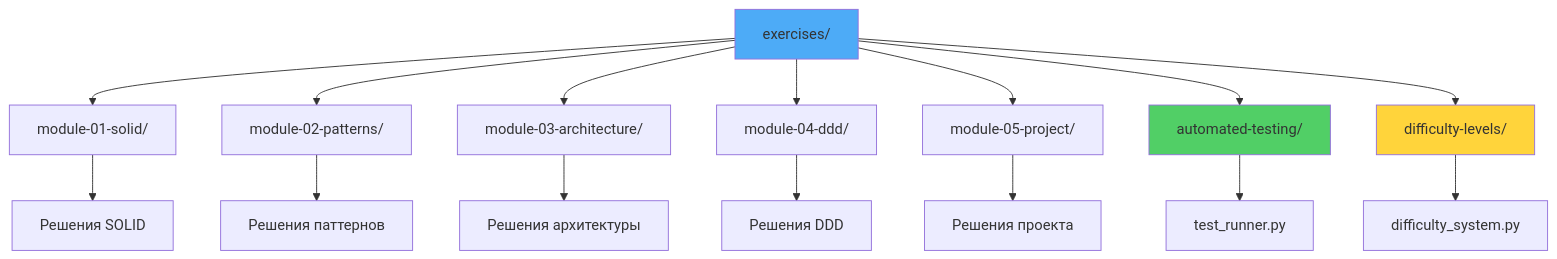
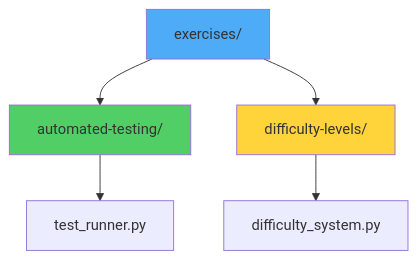
One commit to DaymaNKinG990/TDD-Learning changed the second of 2 diagrams in docs/exercises/README.md. Above: the diagram before and after it, drawn with Mermaid. The commit also changed other lines of this file and 56 other files, not shown here.

````diff
--- a/docs/exercises/README.md
+++ b/docs/exercises/README.md
@@ -288,23 +208,12 @@
 ```mermaid
 graph TB
-    A[exercises/] --> B[module-01-solid/]
-    A --> C[module-02-patterns/]
-    A --> D[module-03-architecture/]
-    A --> E[module-04-ddd/]
-    A --> F[module-05-project/]
-    A --> G[automated-testing/]
-    A --> H[difficulty-levels/]
+    A[exercises/] --> B[automated-testing/]
+    A --> C[difficulty-levels/]
     
-    B --> I[Решения SOLID]
-    C --> J[Решения паттернов]
-    D --> K[Решения архитектуры]
-    E --> L[Решения DDD]
-    F --> M[Решения проекта]
-    
-    G --> N[test_runner.py]
-    H --> O[difficulty_system.py]
+    B --> D[test_runner.py]
+    C --> E[difficulty_system.py]
     
     style A fill:#4dabf7
-    style G fill:#51cf66
-    style H fill:#ffd43b
+    style B fill:#51cf66
+    style C fill:#ffd43b
 ```
````
